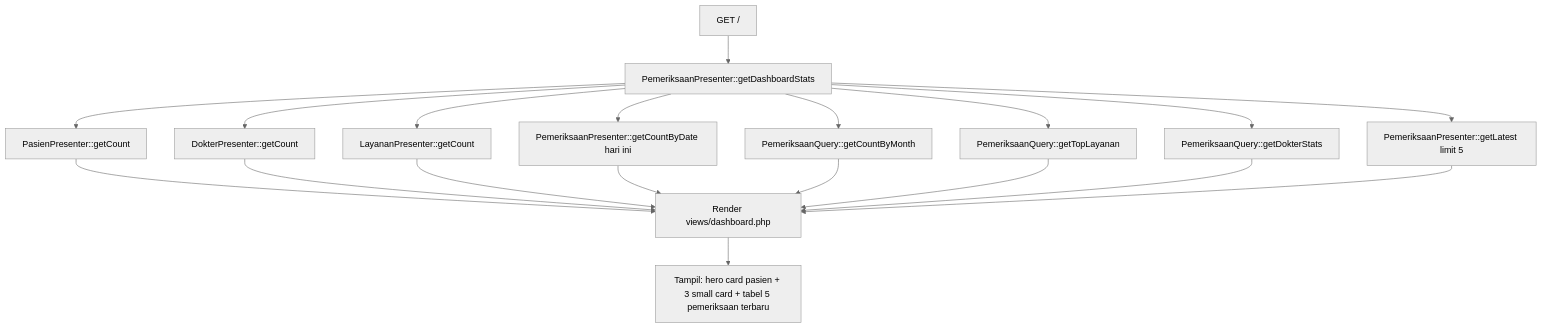
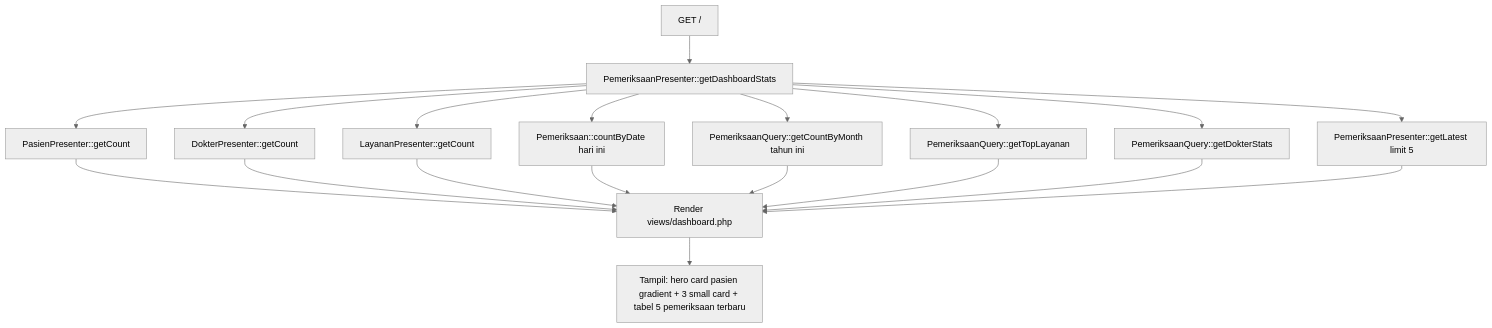
One commit to TudeOrangBiasa/silk-swarakarna-uas changed the second of 13 diagrams in docs/business-logic.md. Above: the diagram before and after it, drawn with Mermaid (neutral theme). The commit also changed other lines of this file and 1 other file, not shown here.

First line of the commit message:
docs: full sync architecture + business-logic with codebase

````diff
--- a/docs/business-logic.md
+++ b/docs/business-logic.md
@@ -34,14 +37,14 @@
 ```mermaid
 flowchart TD
     A[GET /] --> B[PemeriksaanPresenter::getDashboardStats]
     B --> C[PasienPresenter::getCount]
     B --> D[DokterPresenter::getCount]
     B --> E[LayananPresenter::getCount]
-    B --> F[PemeriksaanPresenter::getCountByDate hari ini]
-    B --> G[PemeriksaanQuery::getCountByMonth]
+    B --> F[Pemeriksaan::countByDate hari ini]
+    B --> G[PemeriksaanQuery::getCountByMonth tahun ini]
     B --> H[PemeriksaanQuery::getTopLayanan]
     B --> I[PemeriksaanQuery::getDokterStats]
     B --> J[PemeriksaanPresenter::getLatest limit 5]
     C & D & E & F & G & H & I & J --> K[Render views/dashboard.php]
-    K --> L[Tampil: hero card pasien + 3 small card + tabel 5 pemeriksaan terbaru]
+    K --> L[Tampil: hero card pasien gradient + 3 small card + tabel 5 pemeriksaan terbaru]
 ```
````
